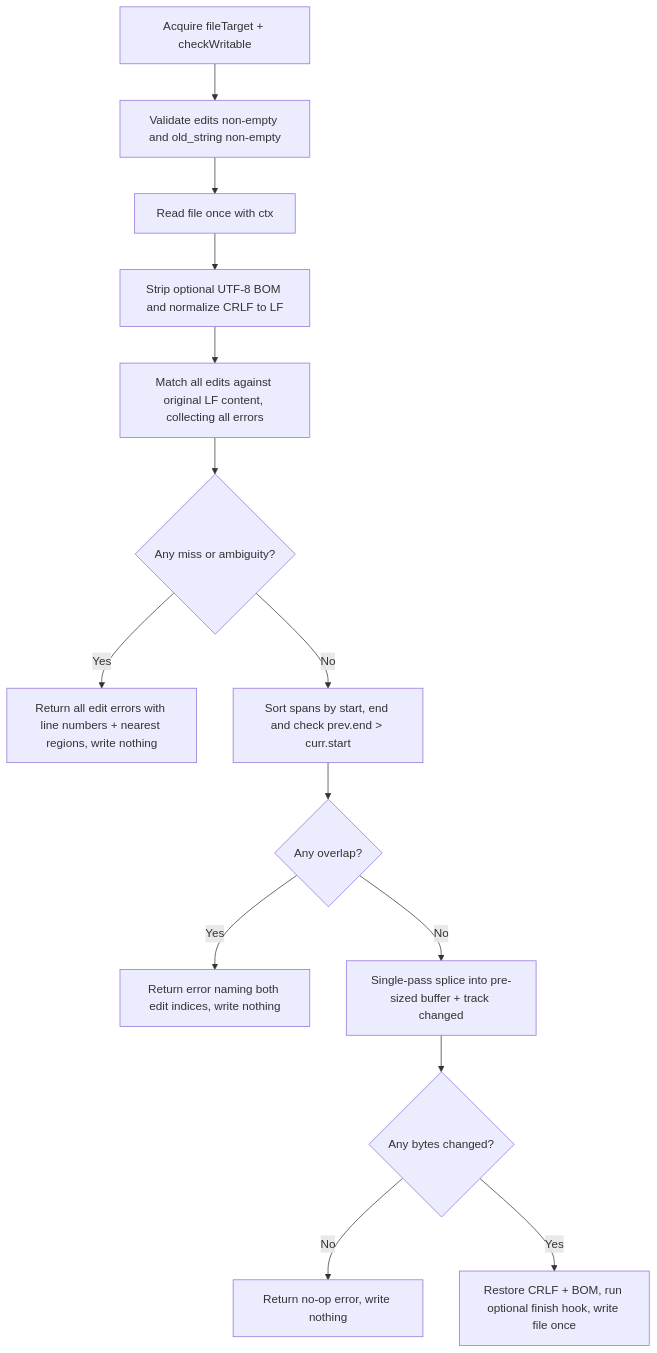
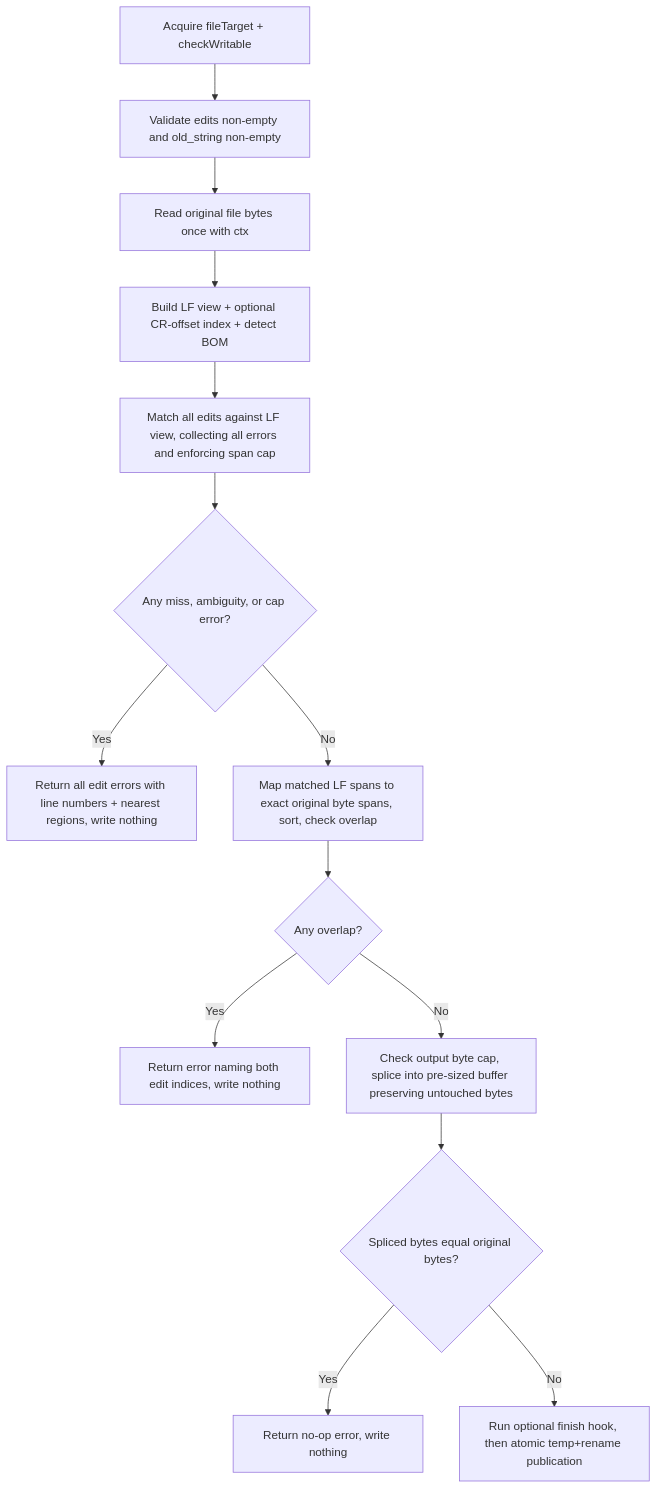
Before and after one commit to prime-radiant-inc/evener: the diagram in docs/superpowers/specs/2026-11-21-edit-file-multi-edit-design.md, drawn with Mermaid. The commit also changed other lines of this file, not shown here.

````diff
--- a/docs/superpowers/specs/2026-11-21-edit-file-multi-edit-design.md
+++ b/docs/superpowers/specs/2026-11-21-edit-file-multi-edit-design.md
@@ -189,16 +206,16 @@
 ```mermaid
 flowchart TD
     A[Acquire fileTarget + checkWritable] --> B[Validate edits non-empty and old_string non-empty]
-    B --> C[Read file once with ctx]
-    C --> D[Strip optional UTF-8 BOM and normalize CRLF to LF]
-    D --> E[Match all edits against original LF content, collecting all errors]
-    E --> F{Any miss or ambiguity?}
+    B --> C[Read original file bytes once with ctx]
+    C --> D[Build LF view + optional CR-offset index + detect BOM]
+    D --> E[Match all edits against LF view, collecting all errors and enforcing span cap]
+    E --> F{Any miss, ambiguity, or cap error?}
     F -- Yes --> G[Return all edit errors with line numbers + nearest regions, write nothing]
-    F -- No --> H[Sort spans by start, end and check prev.end > curr.start]
+    F -- No --> H[Map matched LF spans to exact original byte spans, sort, check overlap]
     H --> I{Any overlap?}
     I -- Yes --> J[Return error naming both edit indices, write nothing]
-    I -- No --> K[Single-pass splice into pre-sized buffer + track changed]
-    K --> L{Any bytes changed?}
-    L -- No --> M[Return no-op error, write nothing]
-    L -- Yes --> N[Restore CRLF + BOM, run optional finish hook, write file once]
+    I -- No --> K[Check output byte cap, splice into pre-sized buffer preserving untouched bytes]
+    K --> L{Spliced bytes equal original bytes?}
+    L -- Yes --> M[Return no-op error, write nothing]
+    L -- No --> N[Run optional finish hook, then atomic temp+rename publication]
 ```
````
